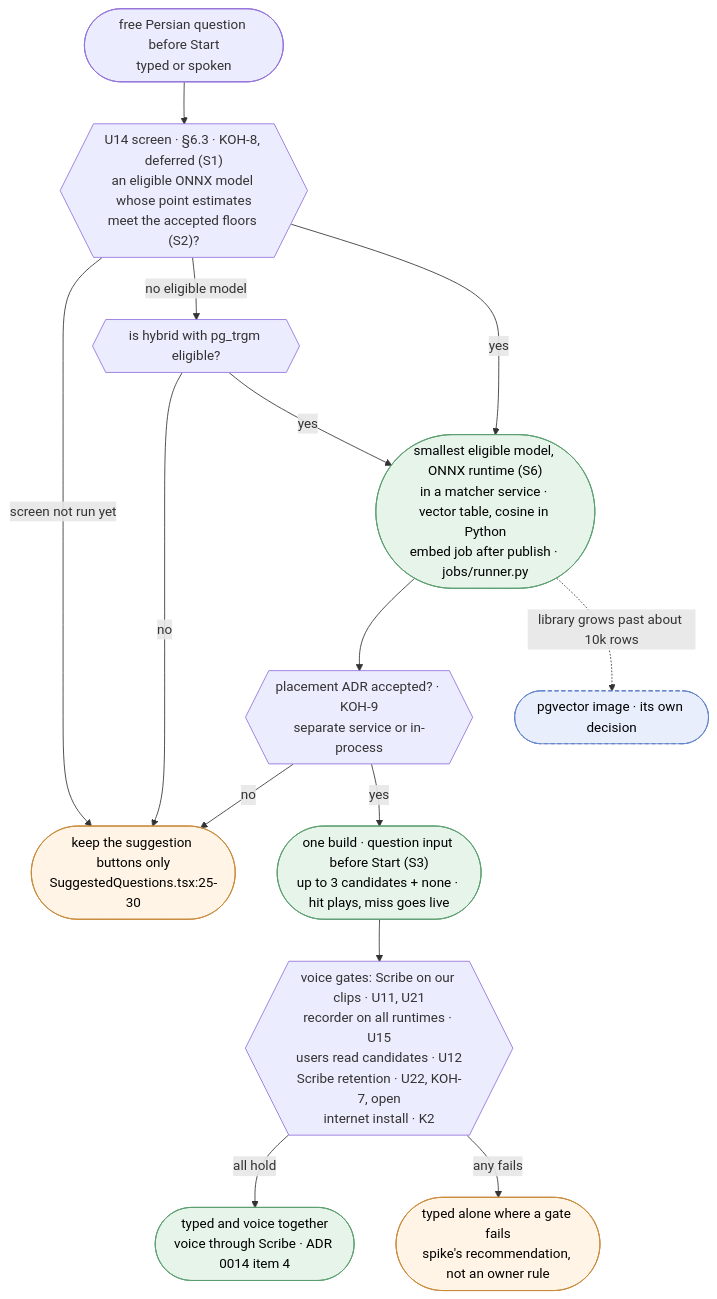
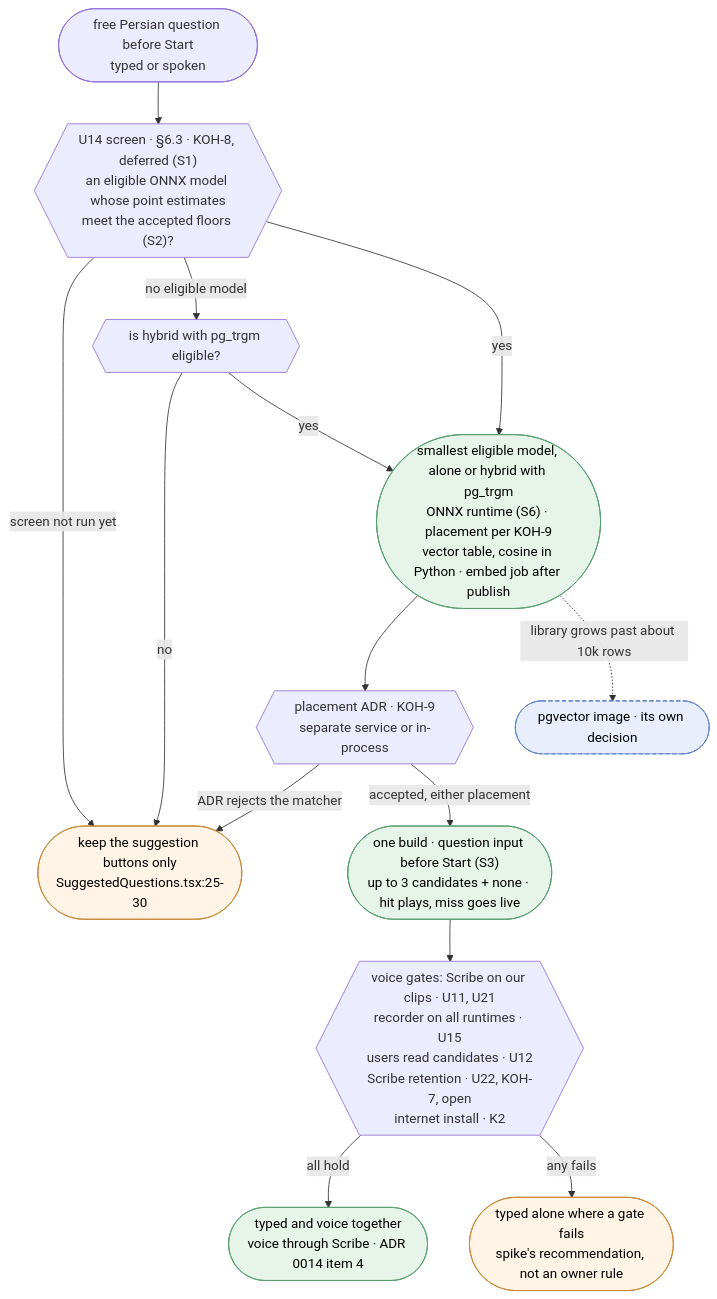
Before and after one commit to Kohandezh/kohandezh-live-avatar: the diagram in docs/features/answer-matcher/RESEARCH.md, drawn with Mermaid. The commit also changed other lines of this file, not shown here.

First line of the commit message:
docs(answer-matcher): fix the review findings on consent and the chart

````diff
--- a/docs/features/answer-matcher/RESEARCH.md
+++ b/docs/features/answer-matcher/RESEARCH.md
@@ -417,21 +420,21 @@
 ```mermaid
 flowchart TB
     Q(["free Persian question before Start<br/>typed or spoken"])
     Q --> X{{"U14 screen · §6.3 · KOH-8, deferred (S1)<br/>an eligible ONNX model whose point estimates<br/>meet the accepted floors (S2)?"}}
     X -->|"screen not run yet"| STAY(["keep the suggestion buttons only<br/>SuggestedQuestions.tsx:25-30"]):::forced
     X -->|"no eligible model"| HY{{"is hybrid with pg_trgm eligible?"}}
     HY -->|"no"| STAY
     HY -->|"yes"| PICK
-    X -->|"yes"| PICK(["smallest eligible model, ONNX runtime (S6)<br/>in a matcher service · vector table, cosine in Python<br/>embed job after publish · jobs/runner.py"]):::chosen
-    PICK --> OK{{"placement ADR accepted? · KOH-9<br/>separate service or in-process"}}
-    OK -->|"no"| STAY
-    OK -->|"yes"| ONE(["one build · question input before Start (S3)<br/>up to 3 candidates + none · hit plays, miss goes live"]):::chosen
+    X -->|"yes"| PICK(["smallest eligible model, alone or hybrid with pg_trgm<br/>ONNX runtime (S6) · placement per KOH-9<br/>vector table, cosine in Python · embed job after publish"]):::chosen
+    PICK --> OK{{"placement ADR · KOH-9<br/>separate service or in-process"}}
+    OK -->|"ADR rejects the matcher"| STAY
+    OK -->|"accepted, either placement"| ONE(["one build · question input before Start (S3)<br/>up to 3 candidates + none · hit plays, miss goes live"]):::chosen
     ONE --> V{{"voice gates: Scribe on our clips · U11, U21<br/>recorder on all runtimes · U15<br/>users read candidates · U12<br/>Scribe retention · U22, KOH-7, open<br/>internet install · K2"}}
     V -->|"all hold"| BOTH(["typed and voice together<br/>voice through Scribe · ADR 0014 item 4"]):::chosen
     V -->|"any fails"| TONLY(["typed alone where a gate fails<br/>spike's recommendation, not an owner rule"]):::forced
     PICK -.->|"library grows past about 10k rows"| PGV(["pgvector image · its own decision"]):::gated
 
     classDef chosen fill:#e6f4ea,stroke:#5a9e6f,color:#000
     classDef forced fill:#fff4e5,stroke:#c98a3a,color:#000
     classDef gated  fill:#e8eefc,stroke:#5b7fc7,color:#000,stroke-dasharray:5 3
 ```
````
